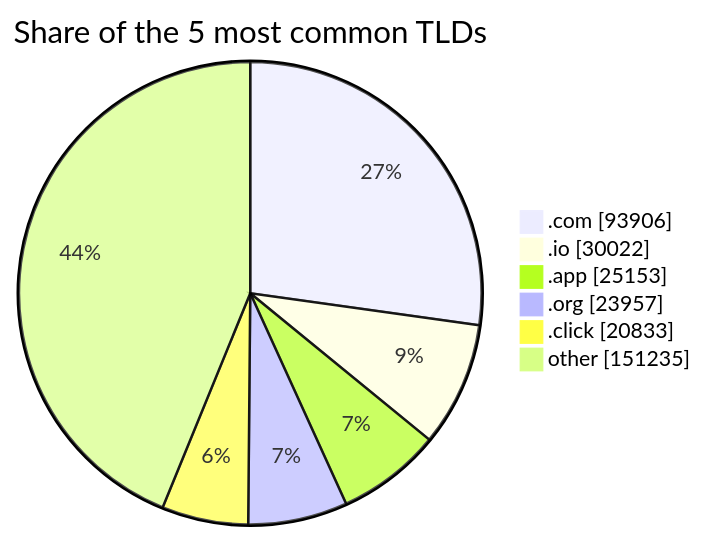
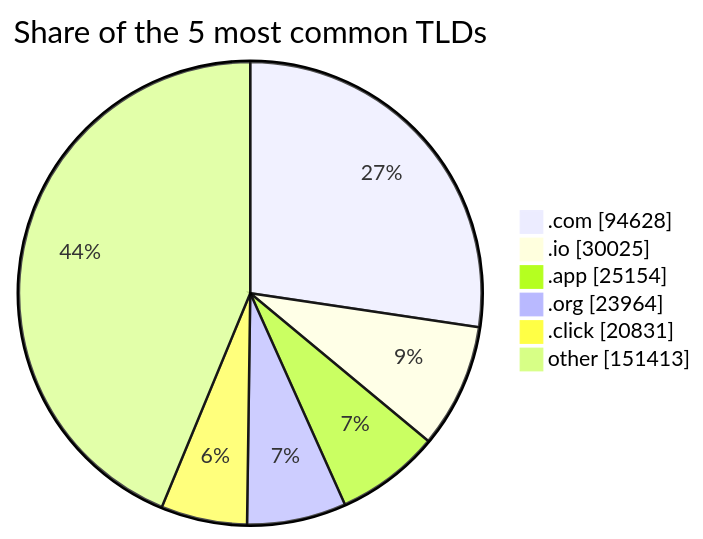
One commit to DNSBunker/CTI changed the third of 3 diagrams in README.md. Above: the diagram before and after it, drawn with Mermaid. The commit also changed other lines of this file and 3 other files, not shown here.

````diff
--- a/README.md
+++ b/README.md
@@ -81,9 +81,9 @@
 ```mermaid
 pie showData title Share of the 5 most common TLDs
-    ".com" : 93906
-    ".io" : 30022
-    ".app" : 25153
-    ".org" : 23957
-    ".click" : 20833
-    "other" : 151235
+    ".com" : 94628
+    ".io" : 30025
+    ".app" : 25154
+    ".org" : 23964
+    ".click" : 20831
+    "other" : 151413
 ```
````
